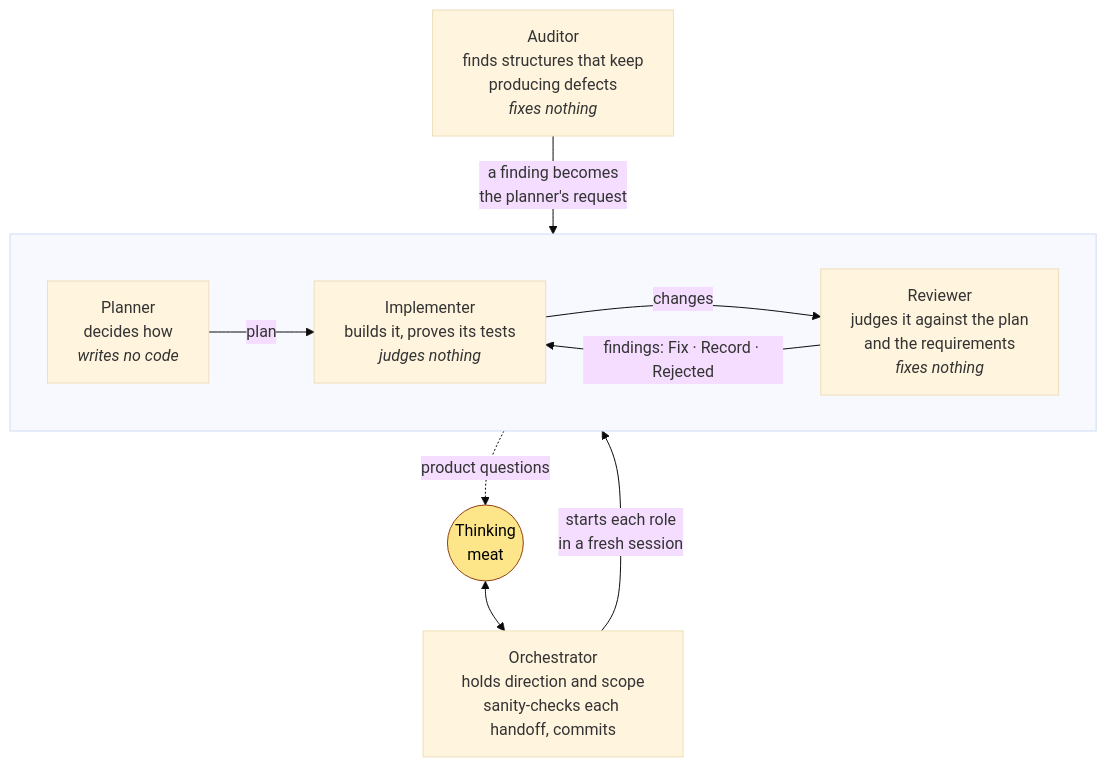
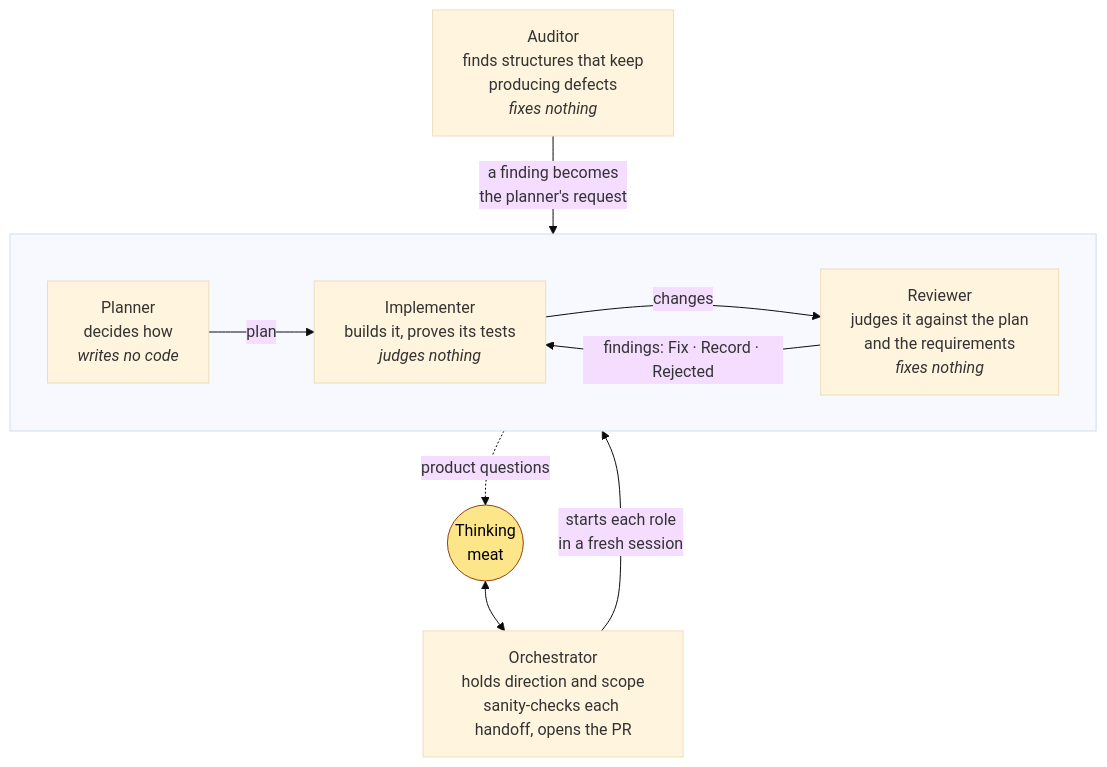
The second of 5 diagrams in .claude/skills/README.md (kkestell/ox), drawn with Mermaid (base theme) before and after one commit. The commit also changed other lines of this file and 22 other files, not shown here.

````diff
--- a/.claude/skills/README.md
+++ b/.claude/skills/README.md
@@ -43,22 +43,22 @@
 ```mermaid
 flowchart TB
-    You(("Thinking<br/>meat")) <--> Orch["Orchestrator<br/>holds direction and scope<br/>sanity-checks each handoff, commits"]
+    You(("Thinking<br/>meat")) <--> Orch["Orchestrator<br/>holds direction and scope<br/>sanity-checks each handoff, opens the PR"]
 
     subgraph roles [" "]
         direction LR
         Plan["Planner<br/>decides how<br/><i>writes no code</i>"]
         Work["Implementer<br/>builds it, proves its tests<br/><i>judges nothing</i>"]
         Review["Reviewer<br/>judges it against the plan<br/>and the requirements<br/><i>fixes nothing</i>"]
         Plan -- plan --> Work
         Work -- changes --> Review
         Review -- "findings: Fix · Record · Rejected" --> Work
     end
 
     Orch -- "starts each role<br/>in a fresh session" --> roles
     Plan -. product questions .-> You
 
     Audit["Auditor<br/>finds structures that keep<br/>producing defects<br/><i>fixes nothing</i>"] -- "a finding becomes<br/>the planner's request" --> Plan
 
     classDef you fill:#fde68a,stroke:#92400e,color:#000
     class You you
 ```
````
